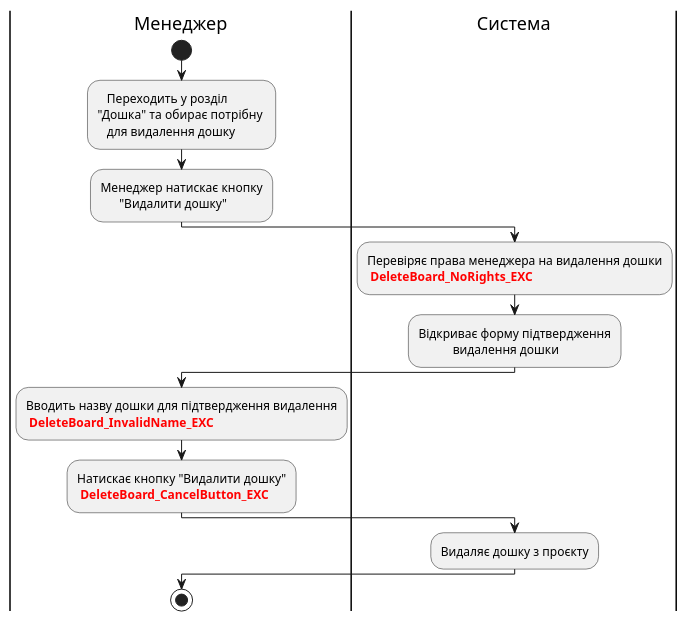
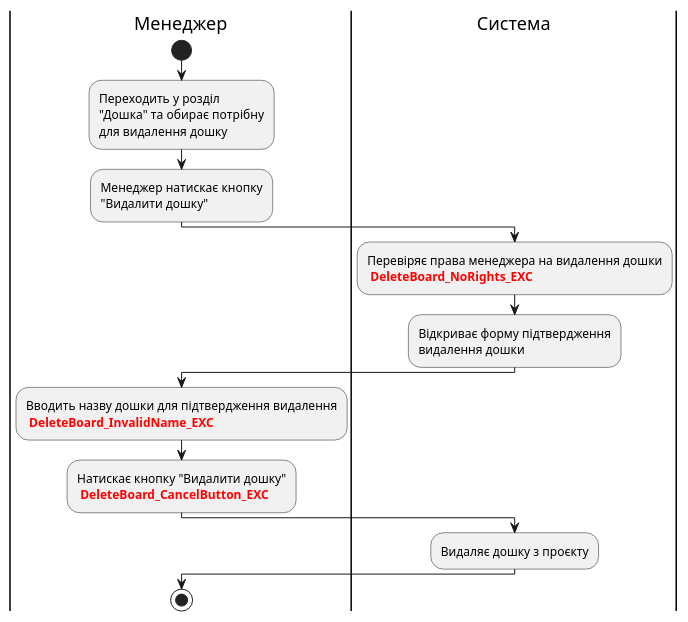
One commit to boldak/edu-db-cw changed diagram 15 of 16 in docs/use cases/README.md. Above: the diagram before and after it, drawn with PlantUML. The commit also changed other lines of this file, not shown here.

```diff
--- a/docs/use cases/README.md
+++ b/docs/use cases/README.md
@@ -1066,25 +1066,25 @@
 @startuml
 
 |Менеджер|
 start;
-:   Переходить у розділ \n"Дошка" та обирає потрібну \n   для видалення дошку;
-:Менеджер натискає кнопку\n      "Видалити дошку";
+:Переходить у розділ\n"Дошка" та обирає потрібну\nдля видалення дошку;
+:Менеджер натискає кнопку\n"Видалити дошку";
 
 |Система|
 :Перевіряє права менеджера на видалення дошки
 <font color="red"><b> DeleteBoard_NoRights_EXC;
-:Відкриває форму підтвердження\n           видалення дошки;
+:Відкриває форму підтвердження\nвидалення дошки;
 
 |Менеджер|
 :Вводить назву дошки для підтвердження видалення
 <font color="red"><b> DeleteBoard_InvalidName_EXC;
 :Натискає кнопку "Видалити дошку"
 <font color="red"><b> DeleteBoard_CancelButton_EXC;
 
 |Система|
 :Видаляє дошку з проєкту;
 
 |Менеджер|
 stop;
 
 @enduml
```
